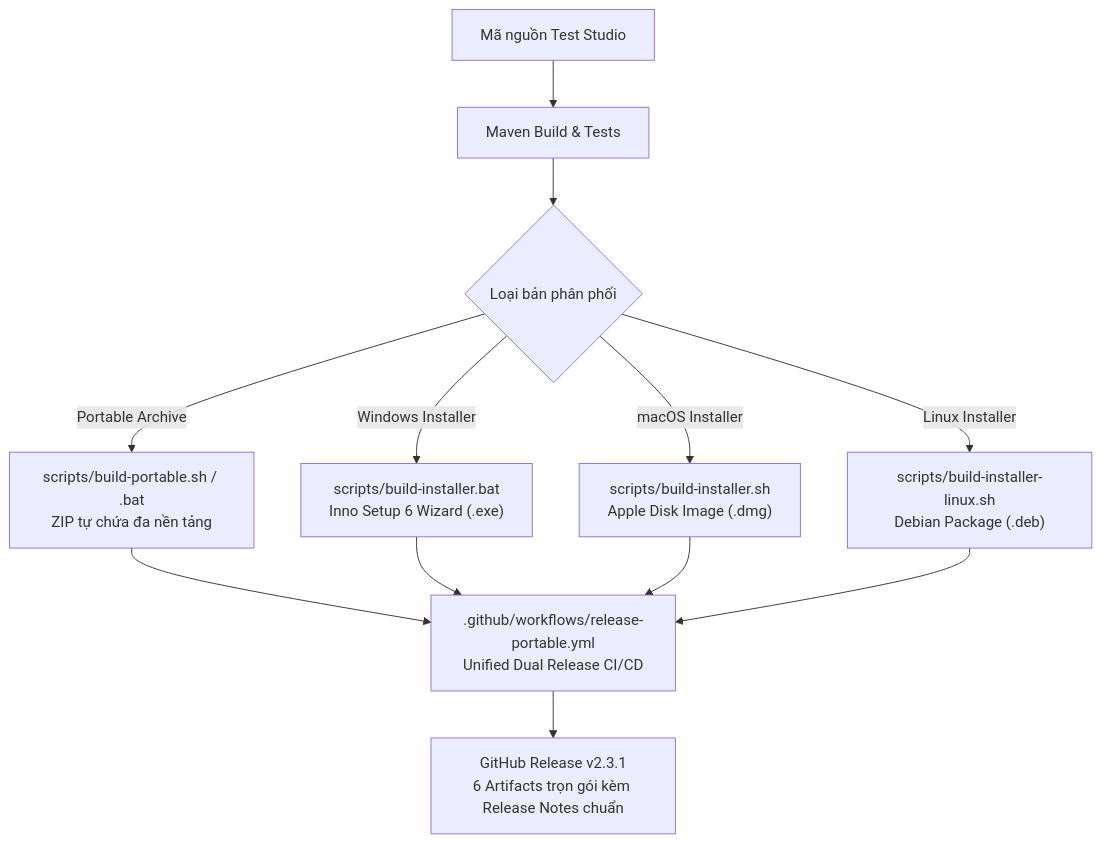
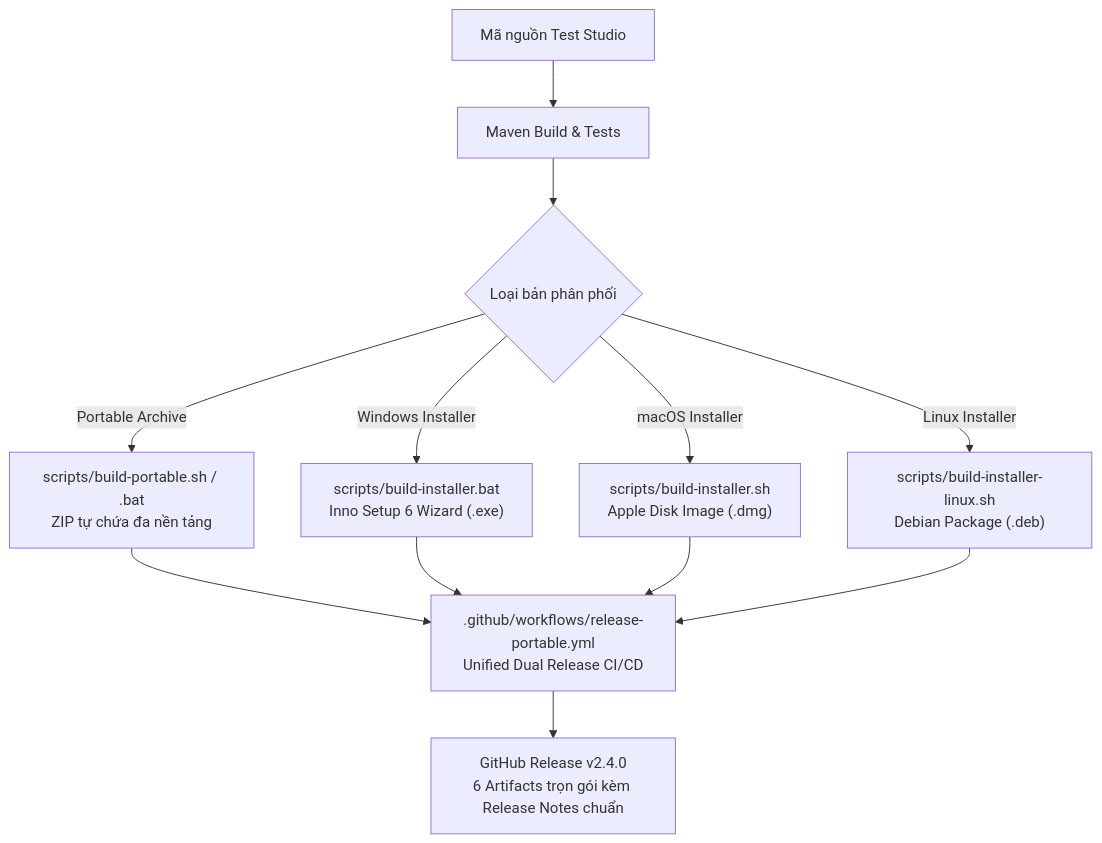
One commit to manhquoc2013/GUI-test-tool changed the fourth of 4 diagrams in docs/guide/USER_GUIDE.md. Above: the diagram before and after it, drawn with Mermaid. The commit also changed other lines of this file and 19 other files, not shown here.

````diff
--- a/docs/guide/USER_GUIDE.md
+++ b/docs/guide/USER_GUIDE.md
@@ -499,11 +499,11 @@
 ```mermaid
 flowchart TD
     A["Mã nguồn Test Studio"] --> B["Maven Build & Tests"]
     B --> C{"Loại bản phân phối"}
     C -->|Portable Archive| D["scripts/build-portable.sh / .bat<br/>ZIP tự chứa đa nền tảng"]
     C -->|Windows Installer| E["scripts/build-installer.bat<br/>Inno Setup 6 Wizard (.exe)"]
     C -->|macOS Installer| F["scripts/build-installer.sh<br/>Apple Disk Image (.dmg)"]
     C -->|Linux Installer| G["scripts/build-installer-linux.sh<br/>Debian Package (.deb)"]
     D & E & F & G --> H[".github/workflows/release-portable.yml<br/>Unified Dual Release CI/CD"]
-    H --> I["GitHub Release v2.3.1<br/>6 Artifacts trọn gói kèm Release Notes chuẩn"]
+    H --> I["GitHub Release v2.4.0<br/>6 Artifacts trọn gói kèm Release Notes chuẩn"]
 ```
````
